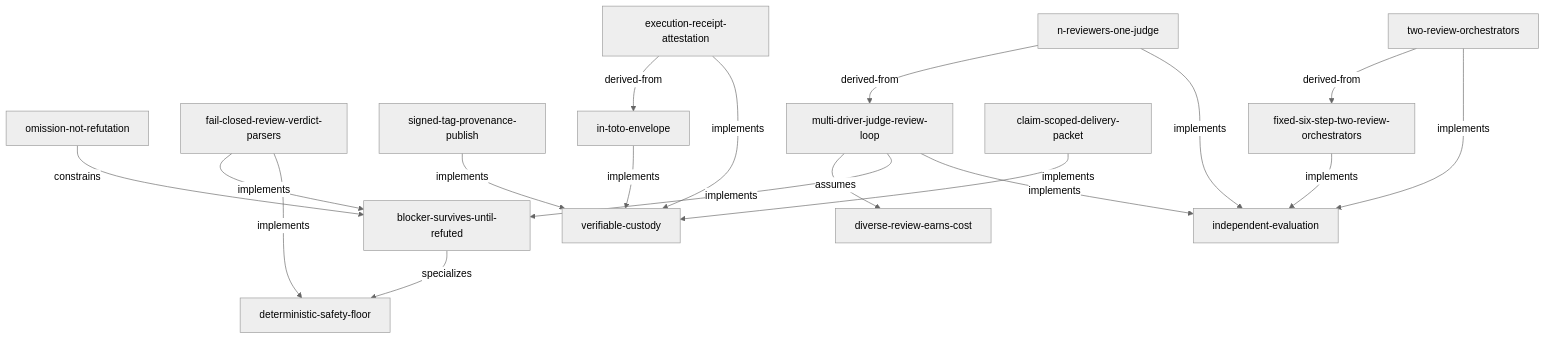
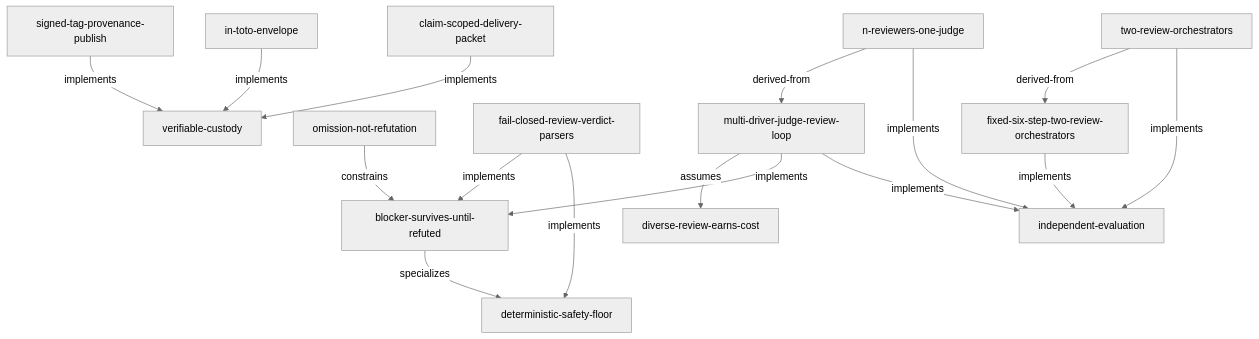
The diagram in docs/assurance/generated/review.md (pelaggio/pelaggio), drawn with Mermaid (neutral theme) before and after one commit. The commit also changed 4 other files, not shown here.

````diff
--- a/docs/assurance/generated/review.md
+++ b/docs/assurance/generated/review.md
@@ -7,35 +7,32 @@
 ```mermaid
 flowchart TB
   ASM_0002["diverse-review-earns-cost"]
   CLM_0008["verifiable-custody"]
   CLM_0009["blocker-survives-until-refuted"]
   CLM_0016["independent-evaluation"]
   CLM_0019["deterministic-safety-floor"]
   CON_0008["omission-not-refutation"]
   CTR_0002["two-review-orchestrators"]
   CTR_0003["n-reviewers-one-judge"]
   CTR_0012["fail-closed-review-verdict-parsers"]
-  CTR_0014["execution-receipt-attestation"]
   DEC_0003["signed-tag-provenance-publish"]
   DEC_0008["in-toto-envelope"]
   DEC_0012["fixed-six-step-two-review-orchestrators"]
   DEC_0014["multi-driver-judge-review-loop"]
   DEC_0020["claim-scoped-delivery-packet"]
   CLM_0009 -->|specializes| CLM_0019
   CON_0008 -->|constrains| CLM_0009
   CTR_0002 -->|derived-from| DEC_0012
   CTR_0002 -->|implements| CLM_0016
   CTR_0003 -->|derived-from| DEC_0014
   CTR_0003 -->|implements| CLM_0016
   CTR_0012 -->|implements| CLM_0009
   CTR_0012 -->|implements| CLM_0019
-  CTR_0014 -->|derived-from| DEC_0008
-  CTR_0014 -->|implements| CLM_0008
   DEC_0003 -->|implements| CLM_0008
   DEC_0008 -->|implements| CLM_0008
   DEC_0012 -->|implements| CLM_0016
   DEC_0014 -->|assumes| ASM_0002
   DEC_0014 -->|implements| CLM_0009
   DEC_0014 -->|implements| CLM_0016
   DEC_0020 -->|implements| CLM_0008
 ```
````
